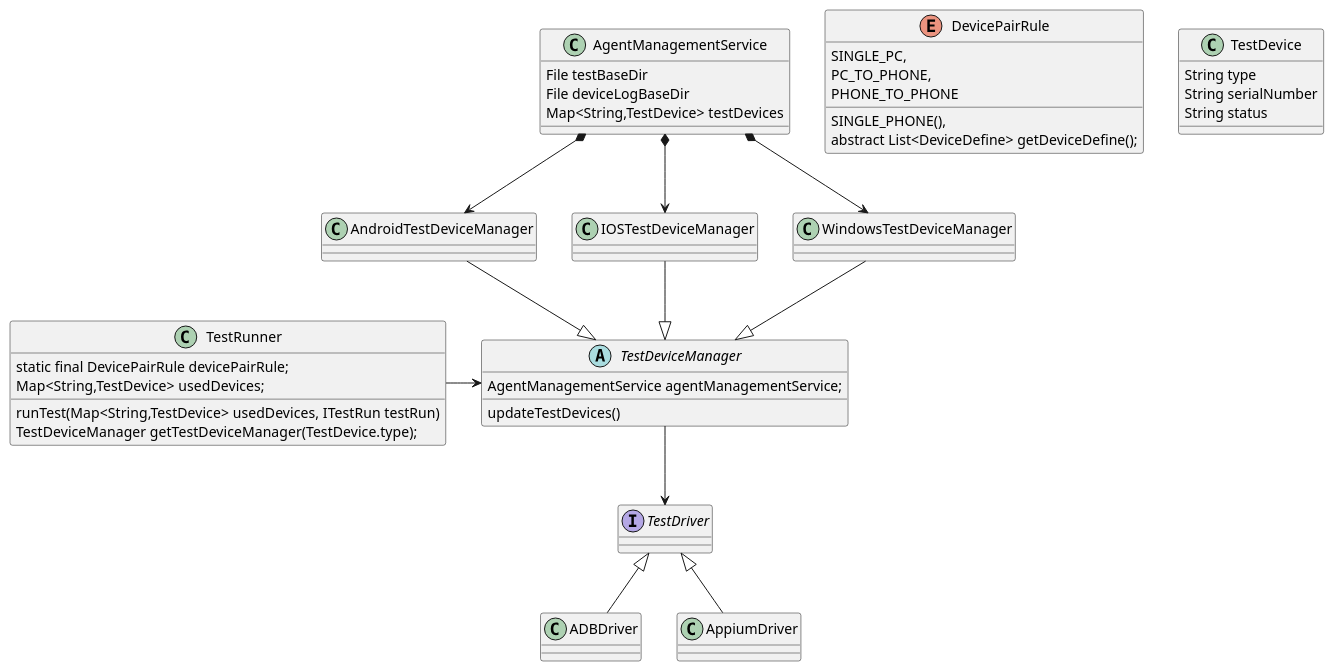
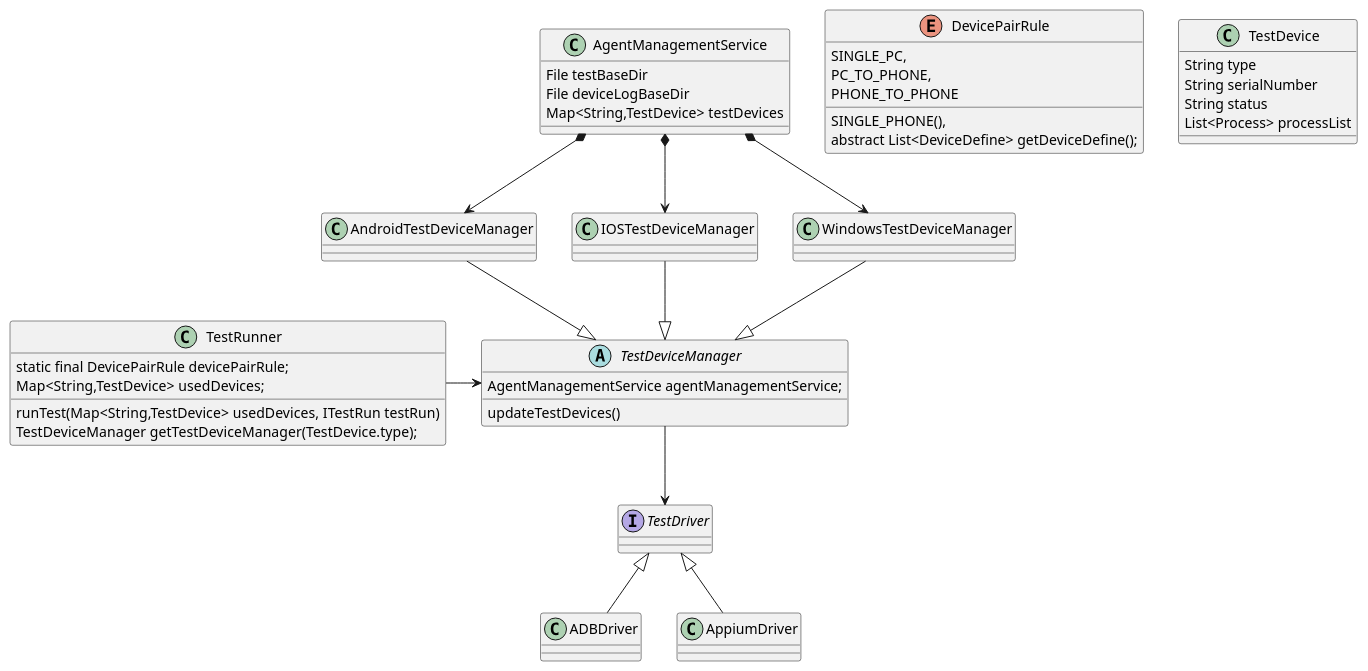
Before and after one commit to microsoft/HydraLab: the diagram in agent/doc/UML/agent_device_management_design.puml, drawn with PlantUML. The commit also changed 52 other files, not shown here.

```diff
--- a/agent/doc/UML/agent_device_management_design.puml
+++ b/agent/doc/UML/agent_device_management_design.puml
@@ -1,52 +1,53 @@
 @startuml
 'https://plantuml.com/class-diagram
 enum DevicePairRule{
     SINGLE_PHONE(),
     SINGLE_PC,
     PC_TO_PHONE,
     PHONE_TO_PHONE
 
     abstract List<DeviceDefine> getDeviceDefine();
 }
 class AgentManagementService {
     File testBaseDir
     File deviceLogBaseDir
     Map<String,TestDevice> testDevices
 }
 class TestDevice{
     String type
     String serialNumber
     String status
+    List<Process> processList
 }
 abstract class TestDeviceManager{
     AgentManagementService agentManagementService;
     updateTestDevices()
 }
 class AndroidTestDeviceManager
 class IOSTestDeviceManager
 class WindowsTestDeviceManager
 
 interface TestDriver
 
 AndroidTestDeviceManager --|> TestDeviceManager
 IOSTestDeviceManager --|> TestDeviceManager
 WindowsTestDeviceManager --|> TestDeviceManager
 
 AgentManagementService *--> AndroidTestDeviceManager
 AgentManagementService *--> IOSTestDeviceManager
 AgentManagementService *--> WindowsTestDeviceManager
 
 TestDeviceManager --> TestDriver
 
 ADBDriver -u-|> TestDriver
 AppiumDriver -u-|> TestDriver
 
 class TestRunner{
     static final DevicePairRule devicePairRule;
     Map<String,TestDevice> usedDevices;
     runTest(Map<String,TestDevice> usedDevices, ITestRun testRun)
     TestDeviceManager getTestDeviceManager(TestDevice.type);
 }
 
 TestRunner -r-> TestDeviceManager
 @enduml
```
